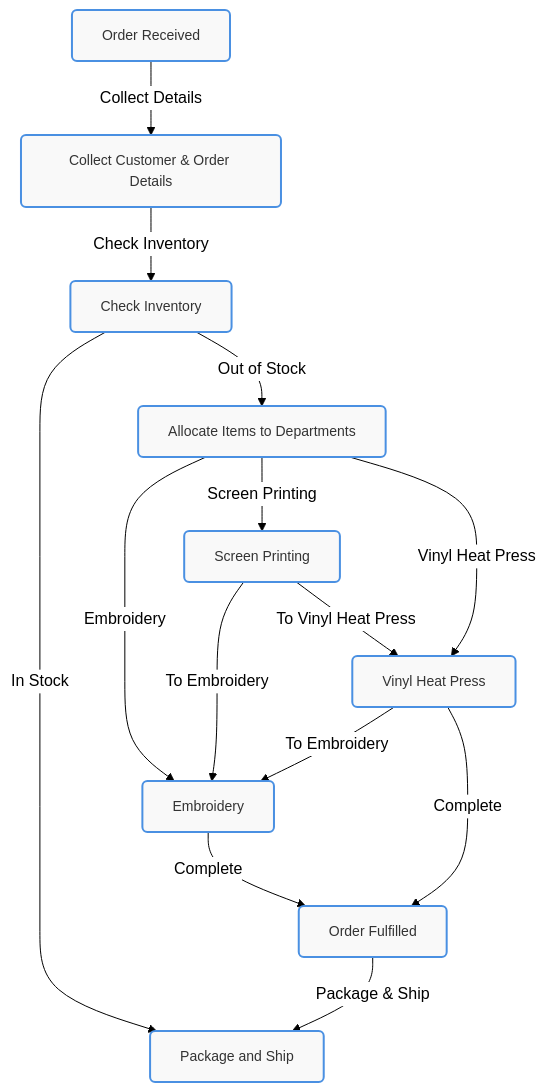
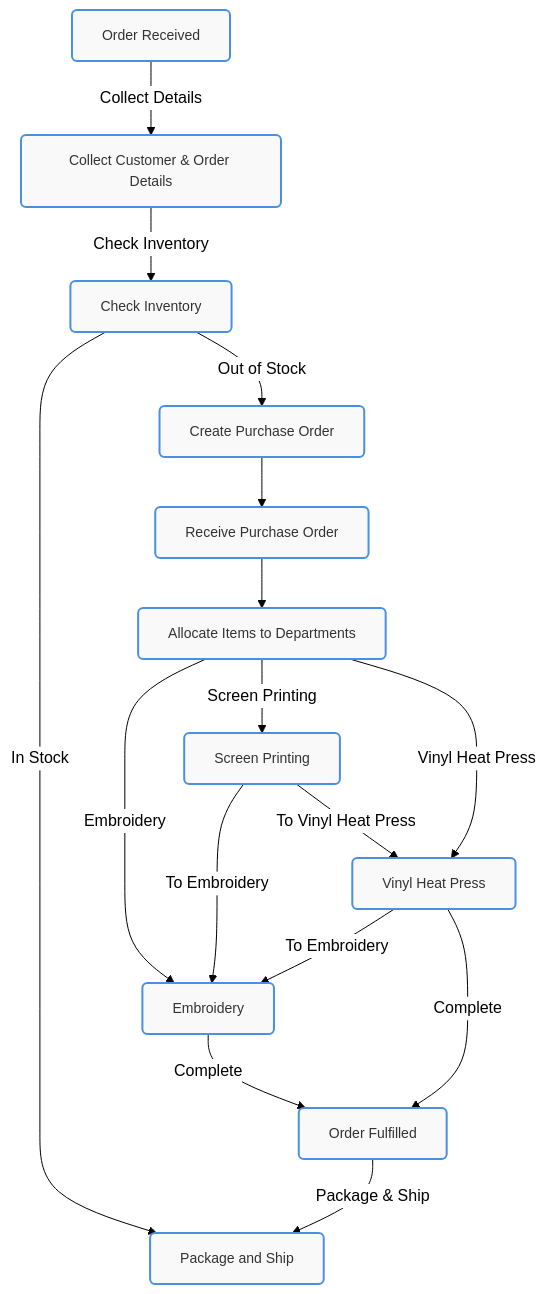
One commit to TyGrim13/4WinnerFlows changed the seventh of 11 diagrams in README.md. Above: the diagram before and after it, drawn with Mermaid.

````diff
--- a/README.md
+++ b/README.md
@@ -422,32 +422,37 @@
 ```mermaid
 %%{init: {'theme': 'forest', 'themeVariables': { 'primaryColor': '#4a90e2', 'edgeLabelBackground': '#ffffff', 'tertiaryColor': '#f4f4f4', 'primaryBorderColor': '#333', 'primaryTextColor': '#333', 'fontFamily': 'Arial'}}}%%
 
 flowchart TD
   classDef default fill:#f9f9f9,stroke:#4a90e2,stroke-width:2px,color:#333,font-family:'Arial',font-size:14px,rx:5,ry:5;
 
   OrderReceived["Order Received"]
   CollectDetails["Collect Customer & Order Details"]
   CheckInventory["Check Inventory"]
   PackageShip["Package and Ship"]
   AllocateItems["Allocate Items to Departments"]
   Embroidery["Embroidery"]
   ScreenPrinting["Screen Printing"]
   VinylHeatPress["Vinyl Heat Press"]
   OrderFulfilled["Order Fulfilled"]
+  CreatePO["Create Purchase Order"]
+  ReceivePO["Receive Purchase Order"]
 
   OrderReceived -->|"Collect Details"| CollectDetails
   CollectDetails -->|"Check Inventory"| CheckInventory
   CheckInventory -->|"In Stock"| PackageShip
-  CheckInventory -->|"Out of Stock"| AllocateItems
+  CheckInventory -->|"Out of Stock"| CreatePO
+  CreatePO --> ReceivePO
+  ReceivePO --> AllocateItems
   AllocateItems -->|"Embroidery"| Embroidery
   AllocateItems -->|"Screen Printing"| ScreenPrinting
   AllocateItems -->|"Vinyl Heat Press"| VinylHeatPress
   Embroidery -->|"Complete"| OrderFulfilled
   ScreenPrinting -->|"To Embroidery"| Embroidery
   ScreenPrinting -->|"To Vinyl Heat Press"| VinylHeatPress
   VinylHeatPress -->|"To Embroidery"| Embroidery
   VinylHeatPress -->|"Complete"| OrderFulfilled
   OrderFulfilled -->|"Package & Ship"| PackageShip
 
-  class OrderReceived,CollectDetails,CheckInventory,PackageShip,AllocateItems,Embroidery,ScreenPrinting,VinylHeatPress,OrderFulfilled default
+  class OrderReceived,CollectDetails,CheckInventory,PackageShip,AllocateItems,Embroidery,ScreenPrinting,VinylHeatPress,OrderFulfilled,CreatePO,ReceivePO default
+
 ```
````
